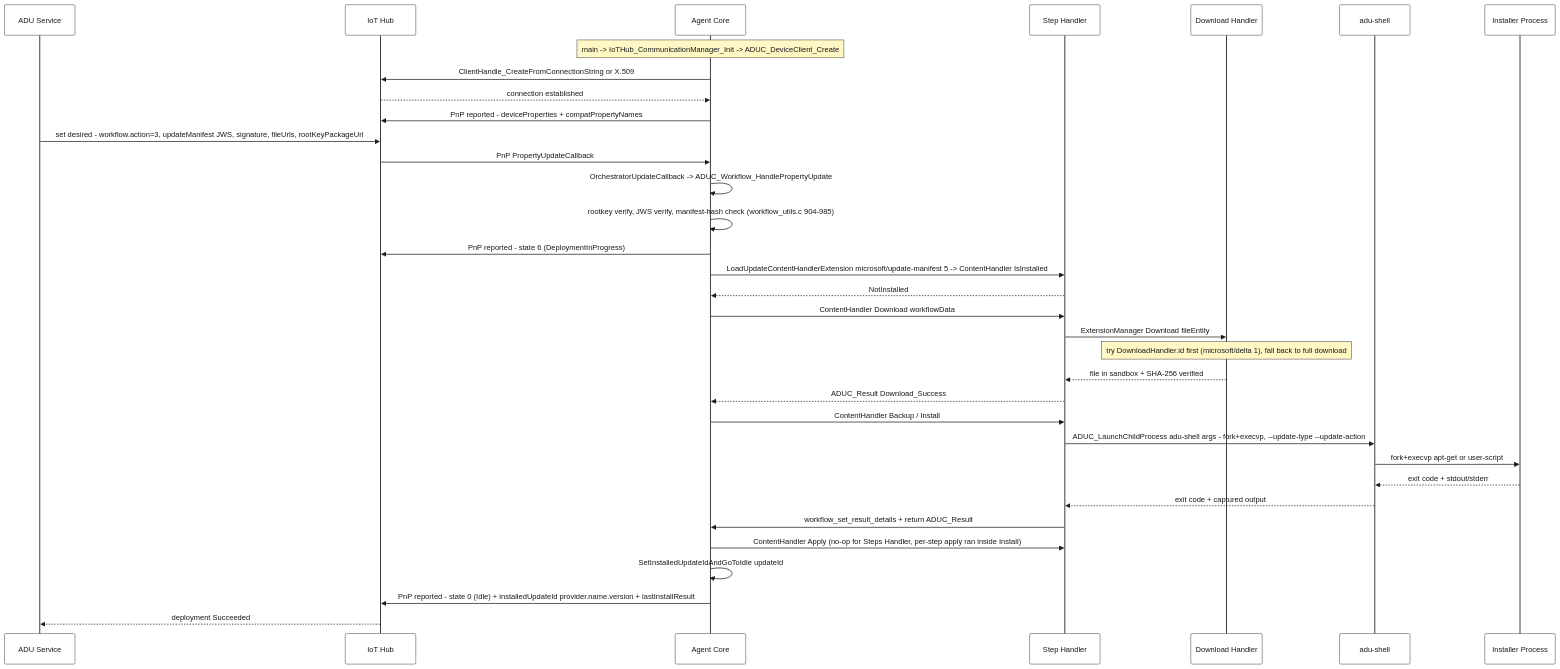
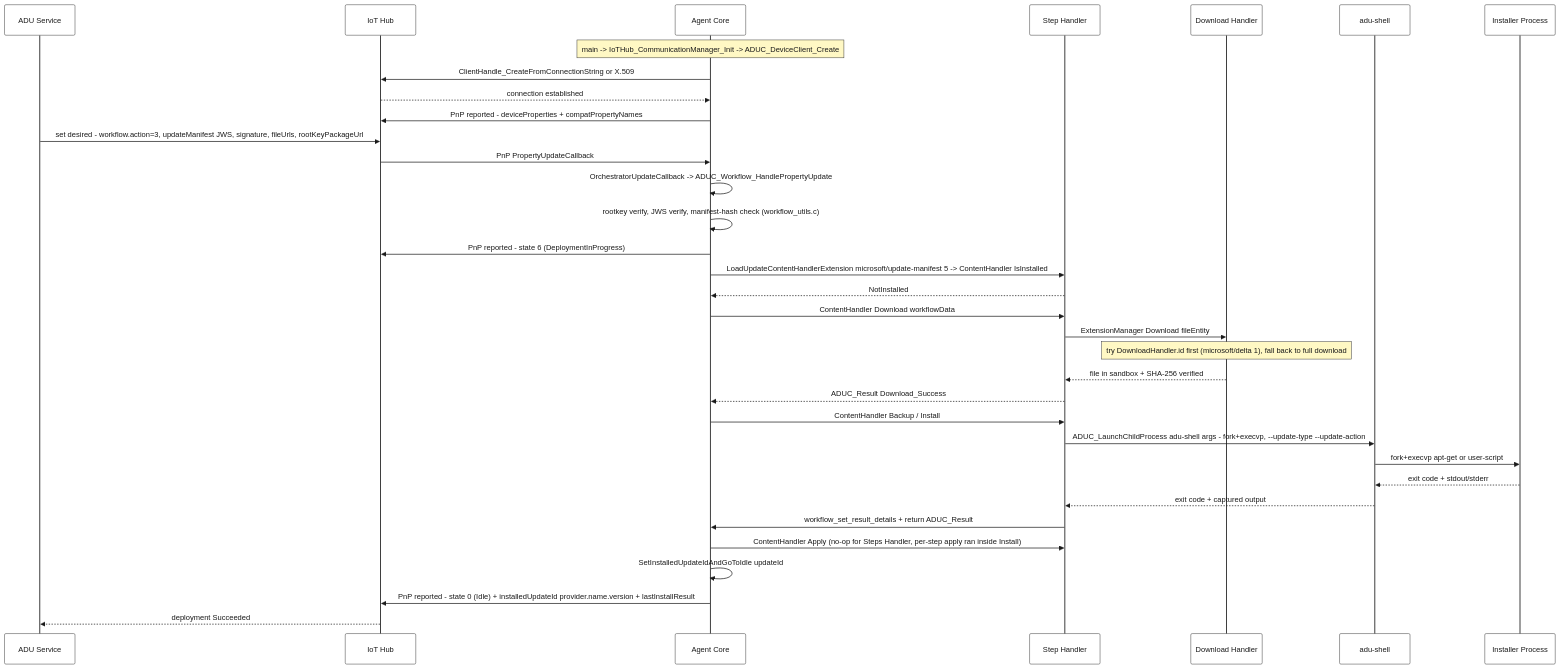
The fifth of 6 diagrams in docs/agent-reference/architecture-overview.md (Azure/iot-hub-device-update), drawn with Mermaid before and after one commit. The commit also changed other lines of this file and 1 other file, not shown here.

First line of the commit message:
docs(agent-reference): relocate v5 field map to schema doc; strip line numbers

````diff
--- a/docs/agent-reference/architecture-overview.md
+++ b/docs/agent-reference/architecture-overview.md
@@ -380,62 +378,62 @@
 ```mermaid
 %%{init: {
   'theme': 'base',
   'themeCSS': 'svg { background-color: #ffffff !important; } .actor { fill: #ffffff !important; stroke: #333333 !important; } text.actor>tspan { fill: #1a1a1a !important; stroke: none !important; } line { stroke: #333333 !important; } .messageLine0, .messageLine1 { stroke: #1a1a1a !important; } text.messageText { fill: #1a1a1a !important; stroke: none !important; } .noteText, .noteText>tspan { fill: #1a1a1a !important; stroke: none !important; } .note { fill: #fff8c4 !important; stroke: #333333 !important; } .labelBox { fill: #ffffff !important; stroke: #333333 !important; } .labelText, .labelText>tspan { fill: #1a1a1a !important; stroke: none !important; }',
   'themeVariables': {
     'background': '#ffffff',
     'primaryColor': '#ffffff', 'primaryTextColor': '#1a1a1a',
     'primaryBorderColor': '#333333', 'lineColor': '#333333',
     'secondaryColor': '#f5f5f5', 'tertiaryColor': '#e8e8e8',
     'mainBkg': '#ffffff', 'nodeBorder': '#333333',
     'clusterBkg': '#f5f5f5', 'clusterBorder': '#333333',
     'titleColor': '#1a1a1a', 'edgeLabelBackground': '#ffffff',
     'actorBkg': '#ffffff', 'actorBorder': '#333333', 'actorTextColor': '#1a1a1a', 'actorLineColor': '#333333',
     'signalColor': '#1a1a1a', 'signalTextColor': '#1a1a1a',
     'labelBoxBkgColor': '#ffffff', 'labelBoxBorderColor': '#333333', 'labelTextColor': '#1a1a1a',
     'loopTextColor': '#1a1a1a',
     'noteBkgColor': '#fff8c4', 'noteTextColor': '#1a1a1a', 'noteBorderColor': '#333333',
     'activationBkgColor': '#f5f5f5', 'activationBorderColor': '#333333',
     'sequenceNumberColor': '#ffffff',
     'fontFamily': 'monospace', 'fontSize': '13px'
   }
 }}%%
 sequenceDiagram
     participant Svc as ADU Service
     participant Hub as IoT Hub
     participant Core as Agent Core
     participant Ext as Step Handler
     participant DL as Download Handler
     participant Shell as adu-shell
     participant Inst as Installer Process
 
     Note over Core: main -> IoTHub_CommunicationManager_Init -> ADUC_DeviceClient_Create
     Core->>Hub: ClientHandle_CreateFromConnectionString or X.509
     Hub-->>Core: connection established
     Core->>Hub: PnP reported - deviceProperties + compatPropertyNames
 
     Svc->>Hub: set desired - workflow.action=3, updateManifest JWS, signature, fileUrls, rootKeyPackageUrl
     Hub->>Core: PnP PropertyUpdateCallback
     Core->>Core: OrchestratorUpdateCallback -> ADUC_Workflow_HandlePropertyUpdate
-    Core->>Core: rootkey verify, JWS verify, manifest-hash check (workflow_utils.c 904-985)
+    Core->>Core: rootkey verify, JWS verify, manifest-hash check (workflow_utils.c)
     Core->>Hub: PnP reported - state 6 (DeploymentInProgress)
 
     Core->>Ext: LoadUpdateContentHandlerExtension microsoft/update-manifest 5 -> ContentHandler IsInstalled
     Ext-->>Core: NotInstalled
     Core->>Ext: ContentHandler Download workflowData
     Ext->>DL: ExtensionManager Download fileEntity
     Note over DL: try DownloadHandler.id first (microsoft/delta 1), fall back to full download
     DL-->>Ext: file in sandbox + SHA-256 verified
     Ext-->>Core: ADUC_Result Download_Success
 
     Core->>Ext: ContentHandler Backup / Install
     Ext->>Shell: ADUC_LaunchChildProcess adu-shell args - fork+execvp, --update-type --update-action
     Shell->>Inst: fork+execvp apt-get or user-script
     Inst-->>Shell: exit code + stdout/stderr
     Shell-->>Ext: exit code + captured output
     Ext->>Core: workflow_set_result_details + return ADUC_Result
 
     Core->>Ext: ContentHandler Apply (no-op for Steps Handler, per-step apply ran inside Install)
     Core->>Core: SetInstalledUpdateIdAndGoToIdle updateId
     Core->>Hub: PnP reported - state 0 (Idle) + installedUpdateId provider.name.version + lastInstallResult
     Hub-->>Svc: deployment Succeeded
 ```
````
